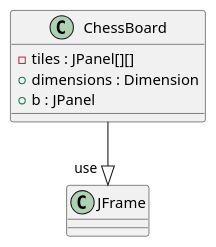
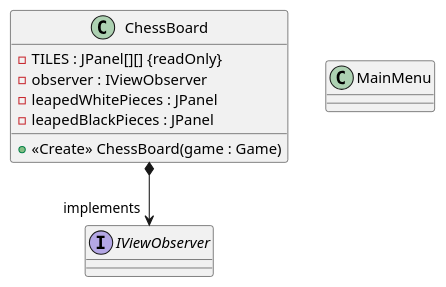
Before and after one commit to oceanedruenne/chess-game: the diagram in rendu1/view/view/View.puml, drawn with PlantUML. The commit also changed 31 other files, not shown here.

```diff
--- a/rendu1/view/view/View.puml
+++ b/rendu1/view/view/View.puml
@@ -1,17 +1,25 @@
 @startuml
 'https://plantuml.com/class-diagram
 
 class ChessBoard
 {
-    - tiles : JPanel[][]
-    + dimensions : Dimension
-    + b : JPanel
+    - TILES : JPanel[][] {readOnly}
+    - observer : IViewObserver
+    - leapedWhitePieces : JPanel
+    - leapedBlackPieces : JPanel
+    + <<Create>> ChessBoard(game : Game)
+
 }
 
-class JFrame
+class MainMenu
 {
 }
 
-ChessBoard --|> "use  " JFrame
+interface IViewObserver
+{
+}
+
+ChessBoard *--> "implements" IViewObserver
+
 
 @enduml
```
